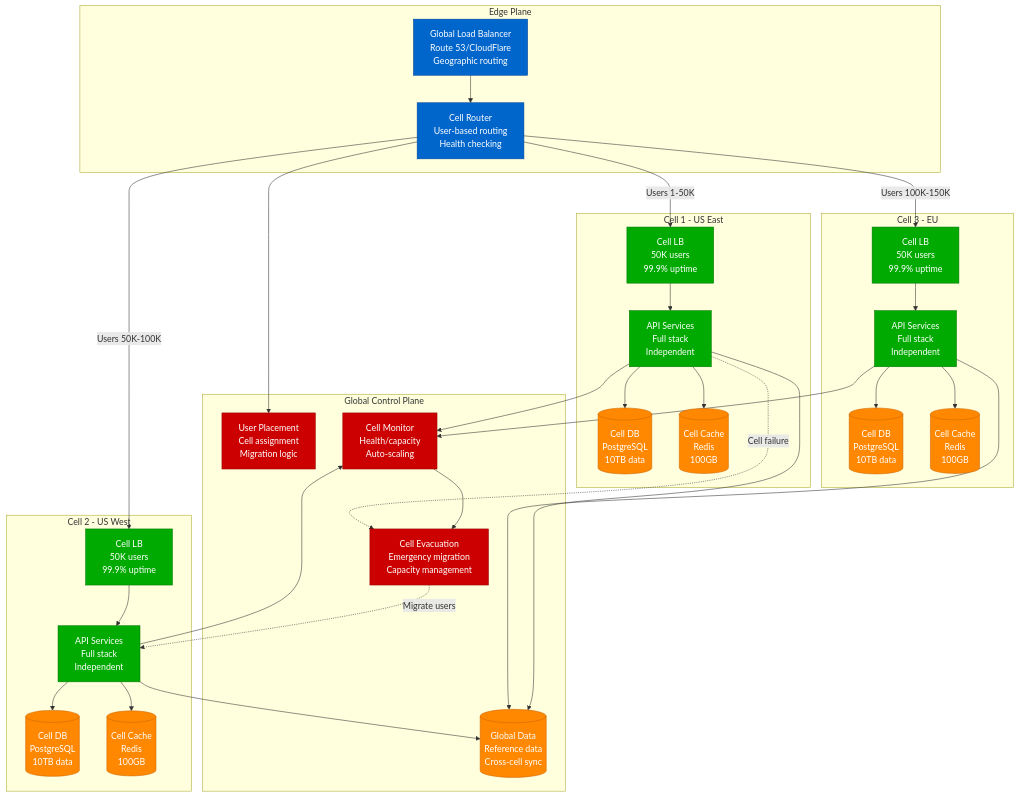
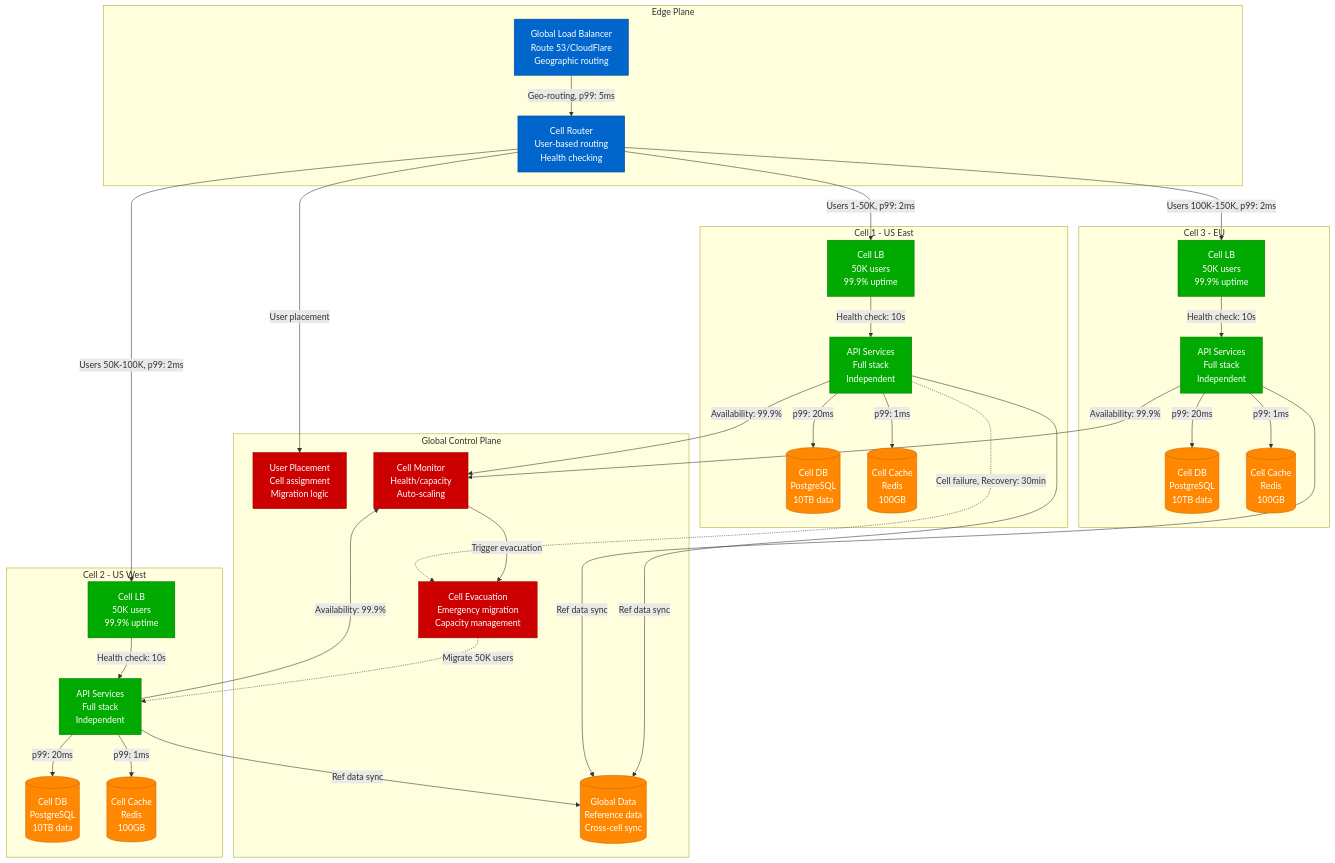
The fourth of 11 diagrams in site/docs/patterns/system-patterns.md (deepaucksharma/DS), drawn with Mermaid before and after one commit. The commit also changed other lines of this file and 108 other files, not shown here.

````diff
--- a/site/docs/patterns/system-patterns.md
+++ b/site/docs/patterns/system-patterns.md
@@ -280,78 +280,78 @@
 ```mermaid
 graph TB
     subgraph EdgePlane[Edge Plane]
         GLOBAL_LB[Global Load Balancer<br/>Route 53/CloudFlare<br/>Geographic routing]
         CELL_ROUTER[Cell Router<br/>User-based routing<br/>Health checking]
     end
 
     subgraph Cell1[Cell 1 - US East]
         C1_LB[Cell LB<br/>50K users<br/>99.9% uptime]
         C1_API[API Services<br/>Full stack<br/>Independent]
         C1_DB[(Cell DB<br/>PostgreSQL<br/>10TB data)]
         C1_CACHE[(Cell Cache<br/>Redis<br/>100GB)]
     end
 
     subgraph Cell2[Cell 2 - US West]
         C2_LB[Cell LB<br/>50K users<br/>99.9% uptime]
         C2_API[API Services<br/>Full stack<br/>Independent]
         C2_DB[(Cell DB<br/>PostgreSQL<br/>10TB data)]
         C2_CACHE[(Cell Cache<br/>Redis<br/>100GB)]
     end
 
     subgraph Cell3[Cell 3 - EU]
         C3_LB[Cell LB<br/>50K users<br/>99.9% uptime]
         C3_API[API Services<br/>Full stack<br/>Independent]
         C3_DB[(Cell DB<br/>PostgreSQL<br/>10TB data)]
         C3_CACHE[(Cell Cache<br/>Redis<br/>100GB)]
     end
 
     subgraph ControlPlane[Global Control Plane]
         PLACEMENT[User Placement<br/>Cell assignment<br/>Migration logic]
         MONITORING[Cell Monitor<br/>Health/capacity<br/>Auto-scaling]
         GLOBAL_DATA[(Global Data<br/>Reference data<br/>Cross-cell sync)]
         EVACUATION[Cell Evacuation<br/>Emergency migration<br/>Capacity management]
     end
 
     %% Routing
-    GLOBAL_LB --> CELL_ROUTER
-    CELL_ROUTER -->|Users 1-50K| C1_LB
-    CELL_ROUTER -->|Users 50K-100K| C2_LB
-    CELL_ROUTER -->|Users 100K-150K| C3_LB
+    GLOBAL_LB -->|Geo-routing, p99: 5ms| CELL_ROUTER
+    CELL_ROUTER -->|Users 1-50K, p99: 2ms| C1_LB
+    CELL_ROUTER -->|Users 50K-100K, p99: 2ms| C2_LB
+    CELL_ROUTER -->|Users 100K-150K, p99: 2ms| C3_LB
 
     %% Cell internals
-    C1_LB --> C1_API
-    C1_API --> C1_DB
-    C1_API --> C1_CACHE
+    C1_LB -->|Health check: 10s| C1_API
+    C1_API -->|p99: 20ms| C1_DB
+    C1_API -->|p99: 1ms| C1_CACHE
 
-    C2_LB --> C2_API
-    C2_API --> C2_DB
-    C2_API --> C2_CACHE
+    C2_LB -->|Health check: 10s| C2_API
+    C2_API -->|p99: 20ms| C2_DB
+    C2_API -->|p99: 1ms| C2_CACHE
 
-    C3_LB --> C3_API
-    C3_API --> C3_DB
-    C3_API --> C3_CACHE
+    C3_LB -->|Health check: 10s| C3_API
+    C3_API -->|p99: 20ms| C3_DB
+    C3_API -->|p99: 1ms| C3_CACHE
 
     %% Global management
-    CELL_ROUTER --> PLACEMENT
-    C1_API --> MONITORING
-    C2_API --> MONITORING
-    C3_API --> MONITORING
-    MONITORING --> EVACUATION
-    C1_API --> GLOBAL_DATA
-    C2_API --> GLOBAL_DATA
-    C3_API --> GLOBAL_DATA
+    CELL_ROUTER -->|User placement| PLACEMENT
+    C1_API -->|Availability: 99.9%| MONITORING
+    C2_API -->|Availability: 99.9%| MONITORING
+    C3_API -->|Availability: 99.9%| MONITORING
+    MONITORING -->|Trigger evacuation| EVACUATION
+    C1_API -->|Ref data sync| GLOBAL_DATA
+    C2_API -->|Ref data sync| GLOBAL_DATA
+    C3_API -->|Ref data sync| GLOBAL_DATA
 
     %% Failure scenarios
-    C1_API -.->|Cell failure| EVACUATION
-    EVACUATION -.->|Migrate users| C2_API
+    C1_API -.->|Cell failure, Recovery: 30min| EVACUATION
+    EVACUATION -.->|Migrate 50K users| C2_API
 
     classDef edgeStyle fill:#0066CC,stroke:#004499,color:#fff
     classDef serviceStyle fill:#00AA00,stroke:#007700,color:#fff
     classDef stateStyle fill:#FF8800,stroke:#CC6600,color:#fff
     classDef controlStyle fill:#CC0000,stroke:#990000,color:#fff
 
     class GLOBAL_LB,CELL_ROUTER edgeStyle
     class C1_LB,C1_API,C2_LB,C2_API,C3_LB,C3_API serviceStyle
     class C1_DB,C1_CACHE,C2_DB,C2_CACHE,C3_DB,C3_CACHE,GLOBAL_DATA stateStyle
     class PLACEMENT,MONITORING,EVACUATION controlStyle
 ```
````
